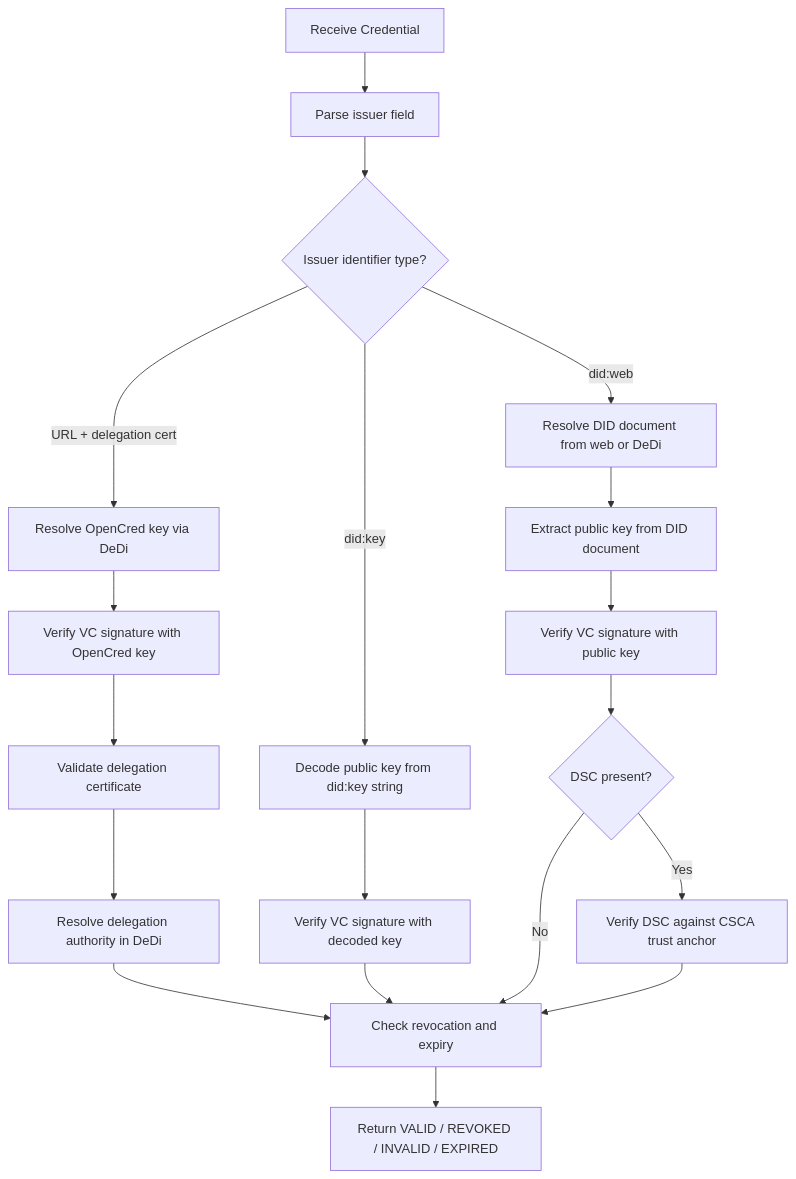
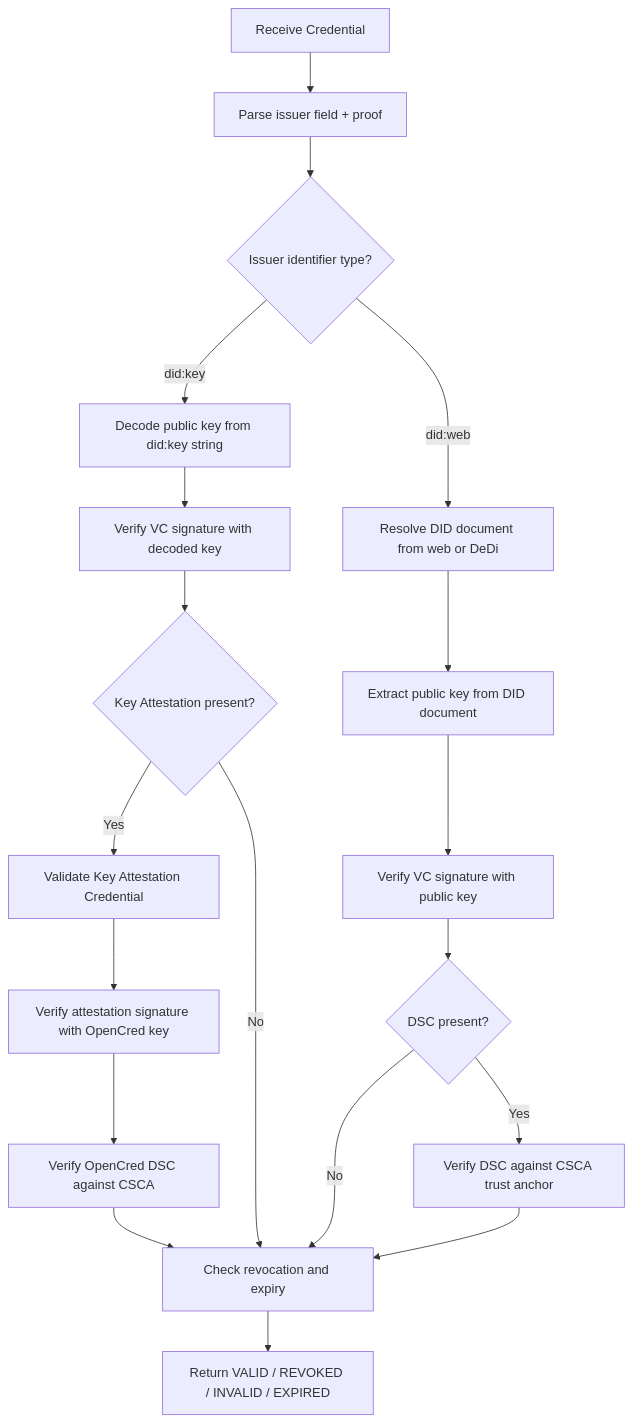
Before and after one commit to nfh-trust-labs/opencred: the fifth of 6 diagrams in OpenCred_PRD.md, drawn with Mermaid. The commit also changed other lines of this file and 141 other files, not shown here.

First line of the commit message:
refactor: remove v1 apps and packages for desktop-first v2 architecture

````diff
--- a/OpenCred_PRD.md
+++ b/OpenCred_PRD.md
@@ -746,26 +669,26 @@
 ```mermaid
 flowchart TD
-    Start[Receive Credential] --> Parse[Parse issuer field]
+    Start[Receive Credential] --> Parse[Parse issuer field + proof]
     Parse --> MethodCheck{Issuer identifier type?}
 
     MethodCheck -->|"did:web"| ResolveDID[Resolve DID document from web or DeDi]
     ResolveDID --> ExtractPubKey[Extract public key from DID document]
     ExtractPubKey --> VerifyVC_W[Verify VC signature with public key]
 
     MethodCheck -->|"did:key"| DecodeDIDKey[Decode public key from did:key string]
     DecodeDIDKey --> VerifyVC_K[Verify VC signature with decoded key]
 
-    MethodCheck -->|"URL + delegation cert"| ResolveDelegation[Resolve OpenCred key via DeDi]
-    ResolveDelegation --> VerifyVC_D[Verify VC signature with OpenCred key]
-    VerifyVC_D --> ValidateDeleg[Validate delegation certificate]
-    ValidateDeleg --> CheckDelegAuth[Resolve delegation authority in DeDi]
-    CheckDelegAuth --> StatusCheck
+    VerifyVC_K --> AttestCheck{Key Attestation present?}
+    AttestCheck -->|Yes| ValidateAttest[Validate Key Attestation Credential]
+    ValidateAttest --> VerifyAttestSig[Verify attestation signature with OpenCred key]
+    VerifyAttestSig --> VerifyOpenCredDSC[Verify OpenCred DSC against CSCA]
+    VerifyOpenCredDSC --> StatusCheck
+    AttestCheck -->|No| StatusCheck[Check revocation and expiry]
 
     VerifyVC_W --> DSCCheck{DSC present?}
-    VerifyVC_K --> StatusCheck[Check revocation and expiry]
     DSCCheck -->|Yes| VerifyDSC[Verify DSC against CSCA trust anchor]
     DSCCheck -->|No| StatusCheck
     VerifyDSC --> StatusCheck
 
     StatusCheck --> Result[Return VALID / REVOKED / INVALID / EXPIRED]
 ```
````
